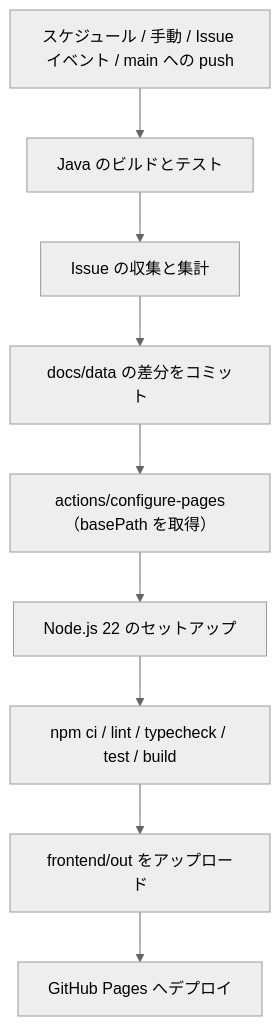
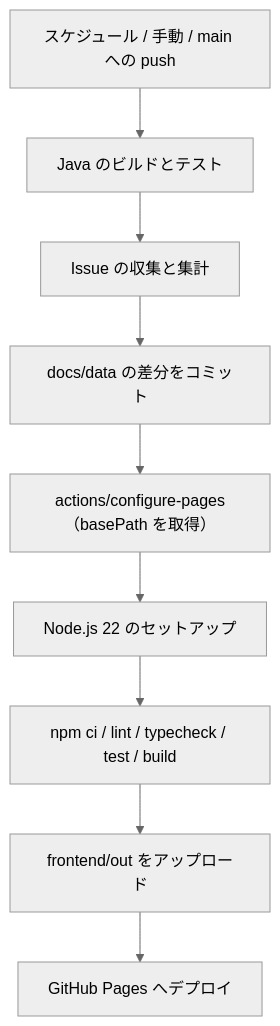
One commit to KenichiroArai/daily-tasks-git changed the diagram in frontend/docs/design/05-quality.md. Above: the diagram before and after it, drawn with Mermaid (neutral theme). The commit also changed 2 other files, not shown here.

Commit message:
持ち越しの集計を Issue イベントで実行しないようにし、1 日 1 回の定期実行でまとめて更新する

````diff
--- a/frontend/docs/design/05-quality.md
+++ b/frontend/docs/design/05-quality.md
@@ -76,11 +76,11 @@
 ```mermaid
 flowchart TB
-  trigger["スケジュール / 手動 / Issue イベント / main への push"] --> javaBuild["Java のビルドとテスト"]
+  trigger["スケジュール / 手動 / main への push"] --> javaBuild["Java のビルドとテスト"]
   javaBuild --> collect["Issue の収集と集計"]
   collect --> commit["docs/data の差分をコミット"]
   commit --> configurePages["actions/configure-pages（basePath を取得）"]
   configurePages --> node["Node.js 22 のセットアップ"]
   node --> frontendBuild["npm ci / lint / typecheck / test / build"]
   frontendBuild --> upload["frontend/out をアップロード"]
   upload --> deploy["GitHub Pages へデプロイ"]
 ```
````
